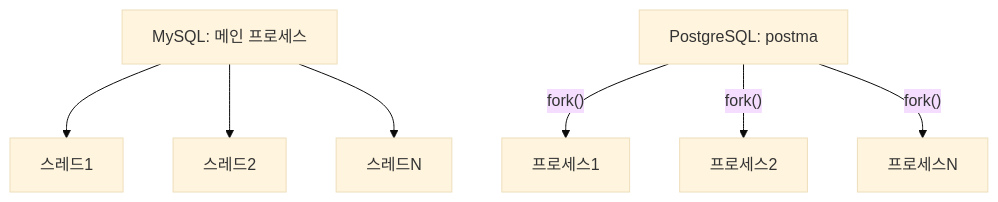
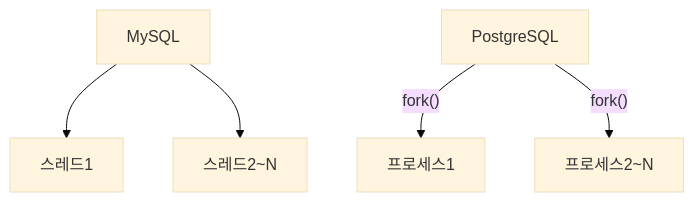
The fifth of 15 diagrams in _posts/db/2026-05-01-db-comparison.md (yjkim2015/yjkim2015.github.io), drawn with Mermaid (base theme) before and after one commit. The commit also changed other lines of this file and 155 other files, not shown here.

First line of the commit message:
Mermaid 전면 수정: subgraph 제거, participant/노드/줄수 축소 (342블록)

````diff
--- a/_posts/db/2026-05-01-db-comparison.md
+++ b/_posts/db/2026-05-01-db-comparison.md
@@ -116,5 +110,7 @@
 ```mermaid
 graph TD
-    P1["MySQL: 메인 프로세스"] --> T1["스레드1"] & T2["스레드2"] & T3["스레드N"]
-    PM["PostgreSQL: postma"] -->|"fork()"| PR1["프로세스1"] & PR2["프로세스2"] & PR3["프로세스N"]
+    P1["MySQL"] --> T1["스레드1"]
+    P1 --> T2["스레드2~N"]
+    PM["PostgreSQL"] -->|"fork()"| PR1["프로세스1"]
+    PM -->|"fork()"| PR2["프로세스2~N"]
 ```
````
